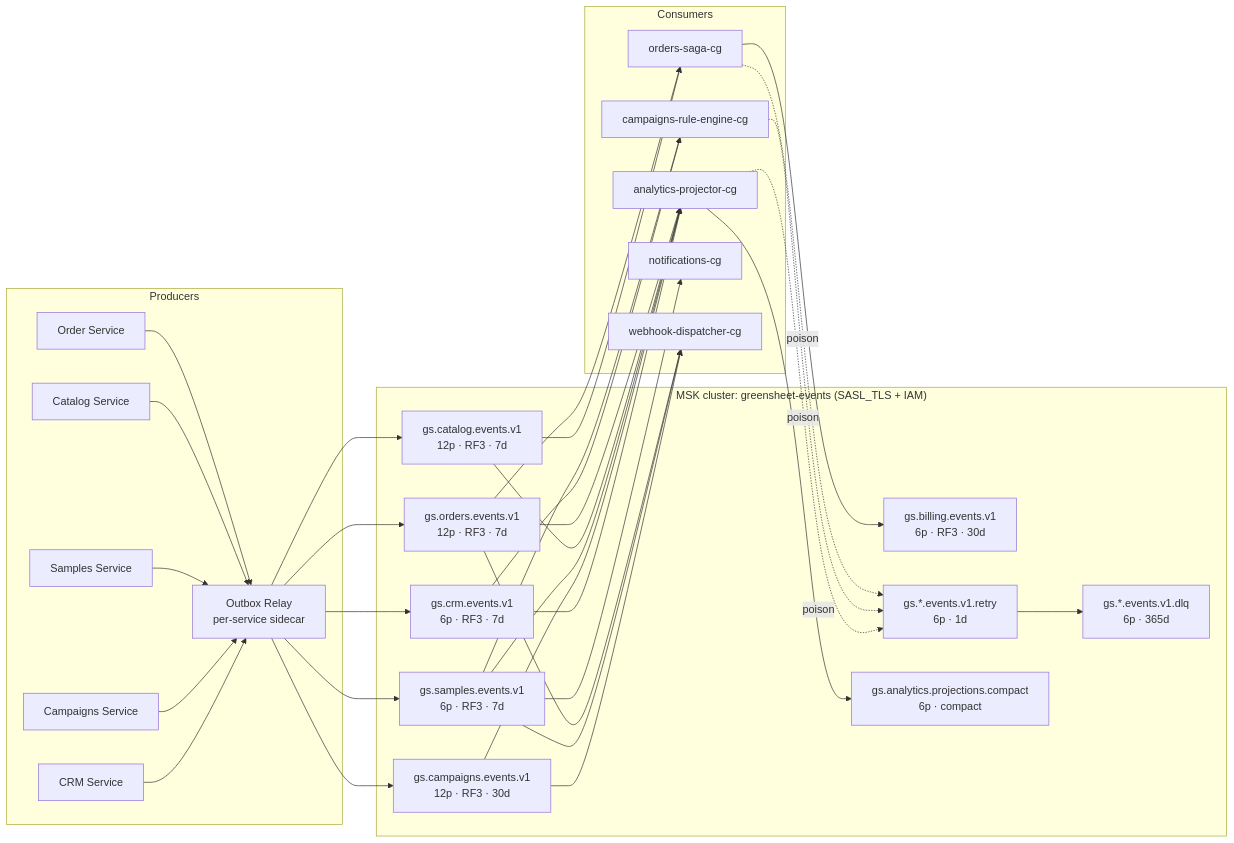
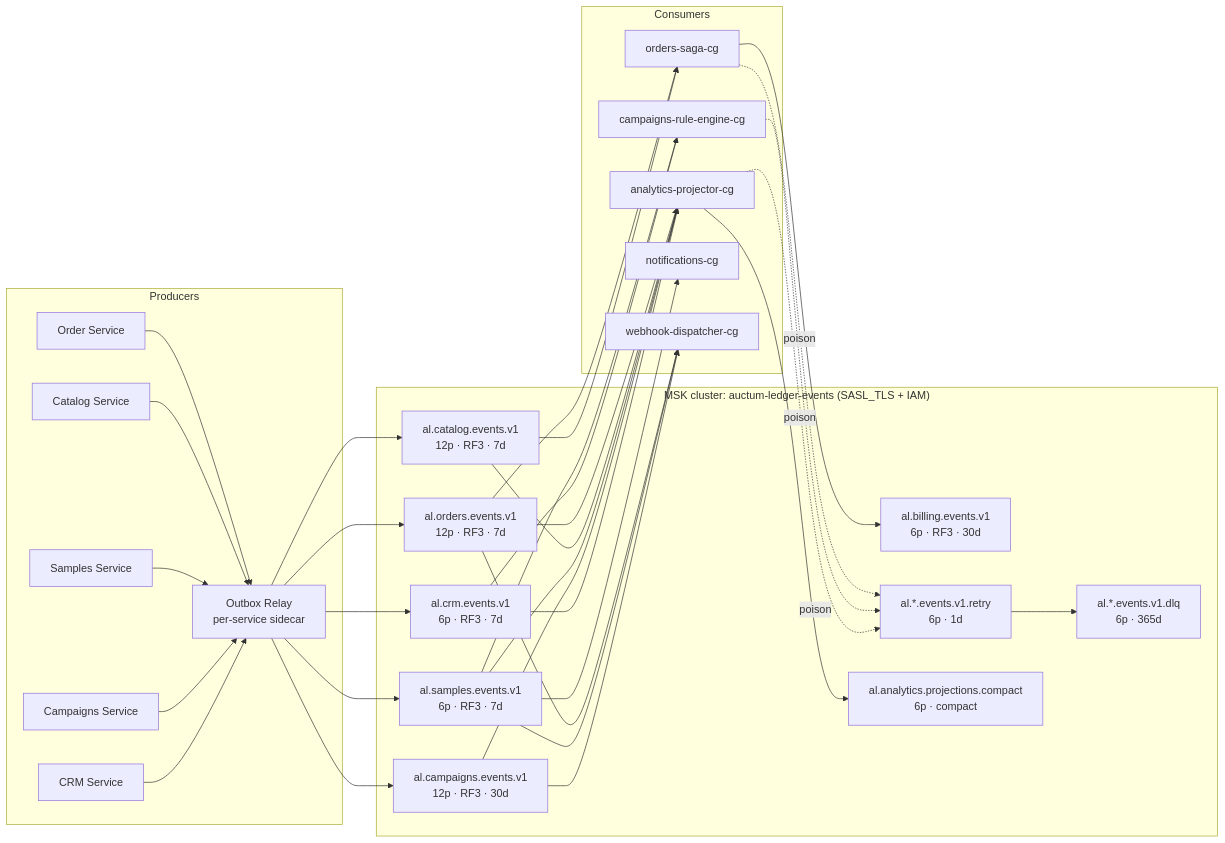
Before and after one commit to marcusdax/greensheet: the first of 2 diagrams in engineering/03-event-driven-pipeline.md, drawn with Mermaid. The commit also changed other lines of this file and 129 other files, not shown here.

````diff
--- a/engineering/03-event-driven-pipeline.md
+++ b/engineering/03-event-driven-pipeline.md
@@ -23,42 +23,42 @@
 ```mermaid
 flowchart LR
     subgraph Producers
         OS[Order Service]
         CS[Catalog Service]
         SMS[Samples Service]
         CMS[Campaigns Service]
         CRMS[CRM Service]
         OUT[Outbox Relay<br/>per-service sidecar]
     end
 
-    subgraph MSK["MSK cluster: greensheet-events (SASL_TLS + IAM)"]
-        T1["gs.orders.events.v1<br/>12p · RF3 · 7d"]
-        T2["gs.catalog.events.v1<br/>12p · RF3 · 7d"]
-        T3["gs.samples.events.v1<br/>6p · RF3 · 7d"]
-        T4["gs.campaigns.events.v1<br/>12p · RF3 · 30d"]
-        T5["gs.crm.events.v1<br/>6p · RF3 · 7d"]
-        T6["gs.billing.events.v1<br/>6p · RF3 · 30d"]
-        TR["gs.*.events.v1.retry<br/>6p · 1d"]
-        TD["gs.*.events.v1.dlq<br/>6p · 365d"]
-        TC["gs.analytics.projections.compact<br/>6p · compact"]
+    subgraph MSK["MSK cluster: auctum-ledger-events (SASL_TLS + IAM)"]
+        T1["al.orders.events.v1<br/>12p · RF3 · 7d"]
+        T2["al.catalog.events.v1<br/>12p · RF3 · 7d"]
+        T3["al.samples.events.v1<br/>6p · RF3 · 7d"]
+        T4["al.campaigns.events.v1<br/>12p · RF3 · 30d"]
+        T5["al.crm.events.v1<br/>6p · RF3 · 7d"]
+        T6["al.billing.events.v1<br/>6p · RF3 · 30d"]
+        TR["al.*.events.v1.retry<br/>6p · 1d"]
+        TD["al.*.events.v1.dlq<br/>6p · 365d"]
+        TC["al.analytics.projections.compact<br/>6p · compact"]
     end
 
     subgraph Consumers
         SAGA[orders-saga-cg]
         ENGN[campaigns-rule-engine-cg]
         ANLG[analytics-projector-cg]
         NTFC[notifications-cg]
         WH[webhook-dispatcher-cg]
     end
 
     OS & CS & SMS & CMS & CRMS --> OUT
     OUT --> T1 & T2 & T3 & T4 & T5
     T1 --> SAGA & ANLG & WH
     T2 --> SAGA & ANLG
     T3 --> ENGN & ANLG & NTFC & WH
     T4 --> ANLG & WH
     T5 --> ENGN & ANLG
     SAGA --> T6
     SAGA & ENGN & ANLG -. poison .-> TR --> TD
     ANLG --> TC
 ```
````
